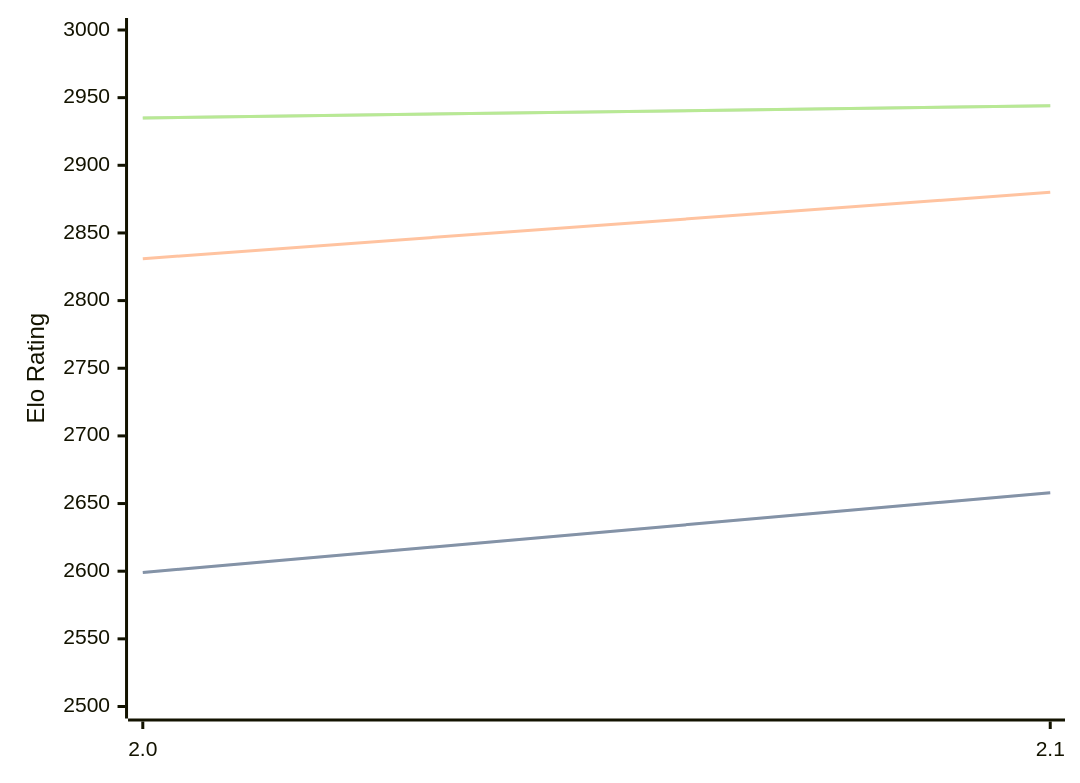
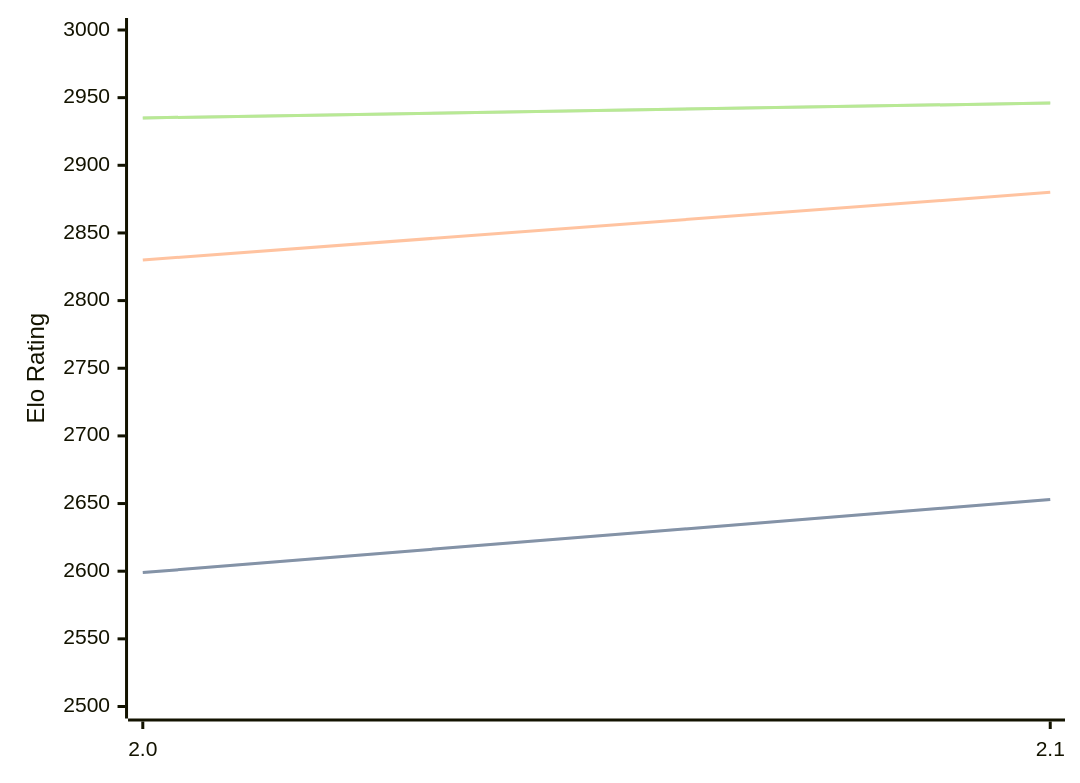
The diagram in engines/Noggin.md (computer-chess-index/cci), drawn with Mermaid before and after one commit. The commit also changed other lines of this file, not shown here.

Commit message:
Update CCI Ratings (ELO VLTC) - 2026-09-03

````diff
--- a/engines/Noggin.md
+++ b/engines/Noggin.md
@@ -33,11 +33,11 @@
 ```mermaid
 %%{init: {"theme":"base","themeVariables":{"seriesColors:['#a3a3a3','#222221','#faa371']}}}%%
 xychart-beta
   x-axis ["2.0", "2.1"]
   y-axis "Elo Rating" 2500 --> 3000
-  line "" [2599, 2658]
-  line "STC (8.0+0.08s)" [2599, 2658]
-  line "LTC (60.0+0.60s)" [2831, 2880]
-  line "" [2935, 2944]
-  line "VLTC (2m24s+1.12s)" [2935, 2944]
+  line "" [2599, 2653]
+  line "STC (8.0+0.08s)" [2599, 2653]
+  line "LTC (60.0+0.60s)" [2830, 2880]
+  line "" [2935, 2946]
+  line "VLTC (2m24s+1.12s)" [2935, 2946]
 ```
````
